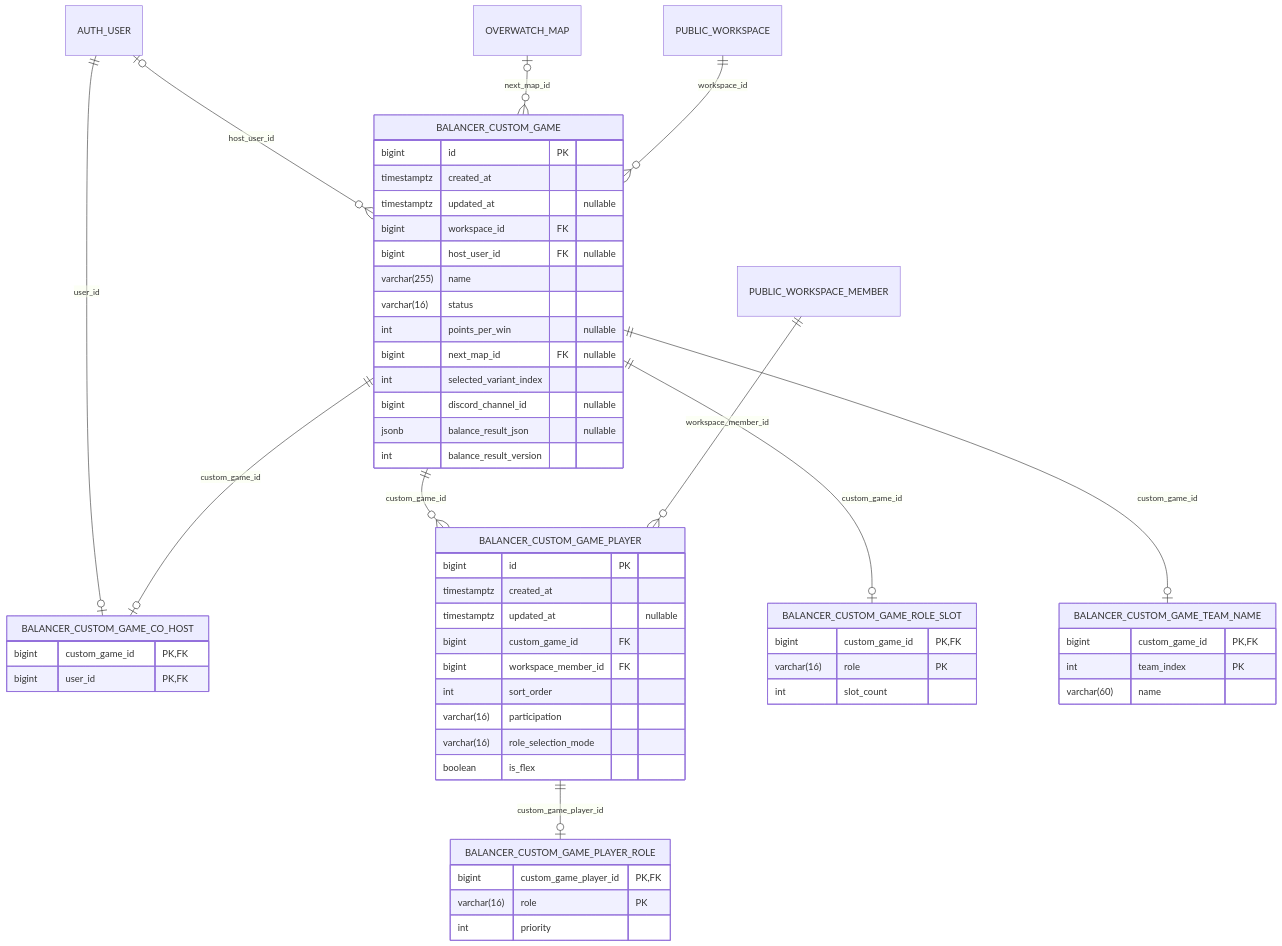
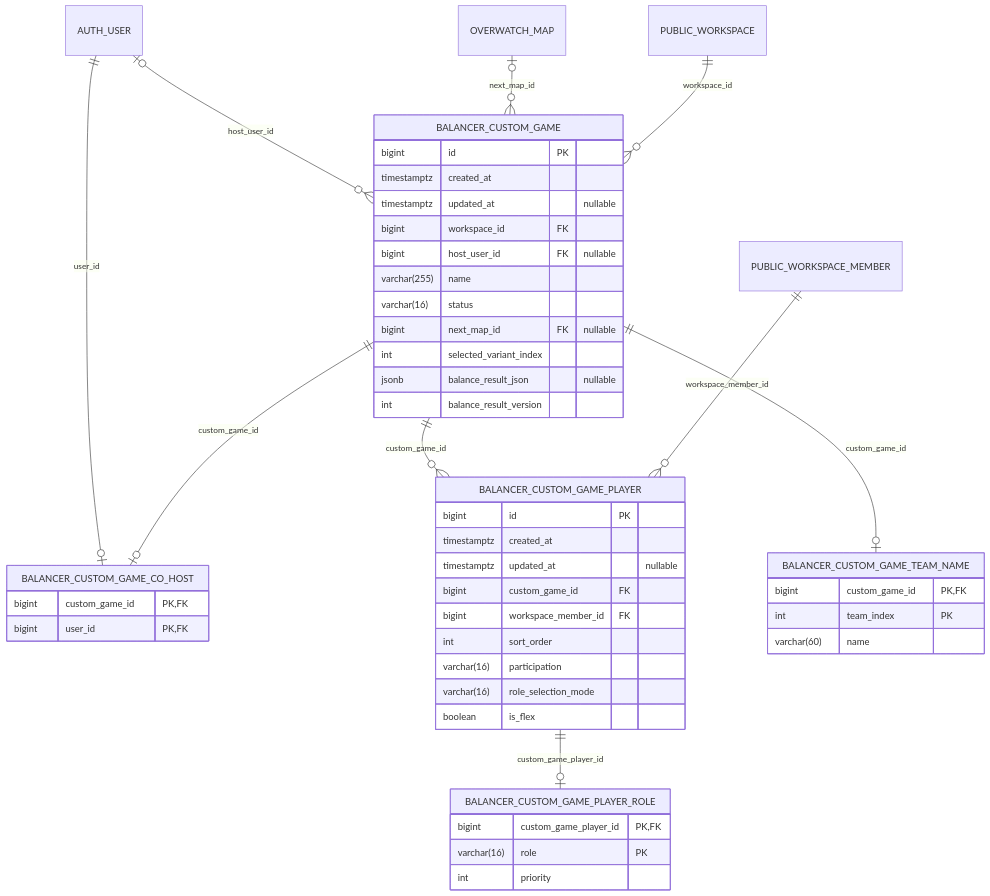
One commit to CraazzzyyFoxx/overwatch-tournaments changed diagram 11 of 19 in docs/database_erd.md. Above: the diagram before and after it, drawn with Mermaid. The commit also changed other lines of this file and 50 other files, not shown here.

````diff
--- a/docs/database_erd.md
+++ b/docs/database_erd.md
@@ -1827,59 +1829,51 @@
 ```mermaid
 erDiagram
     BALANCER_CUSTOM_GAME {
         bigint id PK
         timestamptz created_at
         timestamptz updated_at "nullable"
         bigint workspace_id FK
         bigint host_user_id FK "nullable"
         varchar(255) name
         varchar(16) status
-        int points_per_win "nullable"
         bigint next_map_id FK "nullable"
         int selected_variant_index
-        bigint discord_channel_id "nullable"
         jsonb balance_result_json "nullable"
         int balance_result_version
     }
     BALANCER_CUSTOM_GAME_CO_HOST {
         bigint custom_game_id PK,FK
         bigint user_id PK,FK
     }
     BALANCER_CUSTOM_GAME_PLAYER {
         bigint id PK
         timestamptz created_at
         timestamptz updated_at "nullable"
         bigint custom_game_id FK
         bigint workspace_member_id FK
         int sort_order
         varchar(16) participation
         varchar(16) role_selection_mode
         boolean is_flex
     }
     BALANCER_CUSTOM_GAME_PLAYER_ROLE {
         bigint custom_game_player_id PK,FK
         varchar(16) role PK
         int priority
     }
-    BALANCER_CUSTOM_GAME_ROLE_SLOT {
-        bigint custom_game_id PK,FK
-        varchar(16) role PK
-        int slot_count
-    }
     BALANCER_CUSTOM_GAME_TEAM_NAME {
         bigint custom_game_id PK,FK
         int team_index PK
         varchar(60) name
     }
 
     AUTH_USER |o--o{ BALANCER_CUSTOM_GAME : "host_user_id"
     AUTH_USER ||--o| BALANCER_CUSTOM_GAME_CO_HOST : "user_id"
     BALANCER_CUSTOM_GAME ||--o{ BALANCER_CUSTOM_GAME_PLAYER : "custom_game_id"
     BALANCER_CUSTOM_GAME ||--o| BALANCER_CUSTOM_GAME_CO_HOST : "custom_game_id"
-    BALANCER_CUSTOM_GAME ||--o| BALANCER_CUSTOM_GAME_ROLE_SLOT : "custom_game_id"
     BALANCER_CUSTOM_GAME ||--o| BALANCER_CUSTOM_GAME_TEAM_NAME : "custom_game_id"
     BALANCER_CUSTOM_GAME_PLAYER ||--o| BALANCER_CUSTOM_GAME_PLAYER_ROLE : "custom_game_player_id"
     OVERWATCH_MAP |o--o{ BALANCER_CUSTOM_GAME : "next_map_id"
     PUBLIC_WORKSPACE ||--o{ BALANCER_CUSTOM_GAME : "workspace_id"
     PUBLIC_WORKSPACE_MEMBER ||--o{ BALANCER_CUSTOM_GAME_PLAYER : "workspace_member_id"
 ```
````
